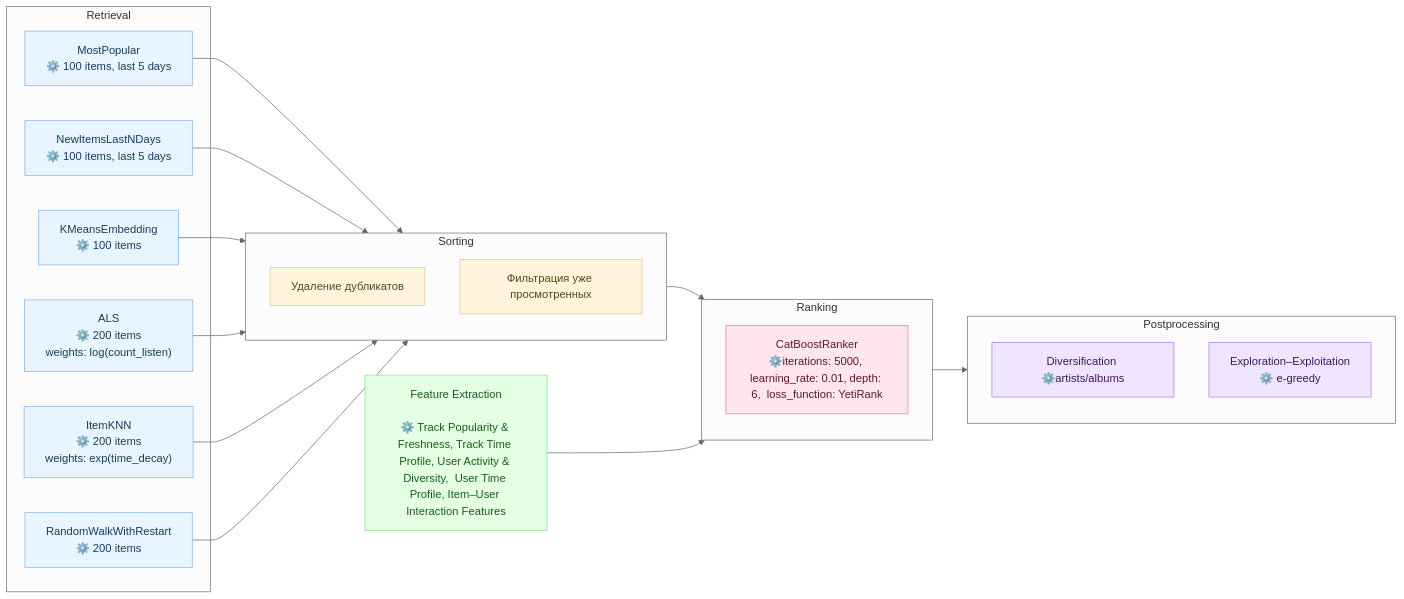
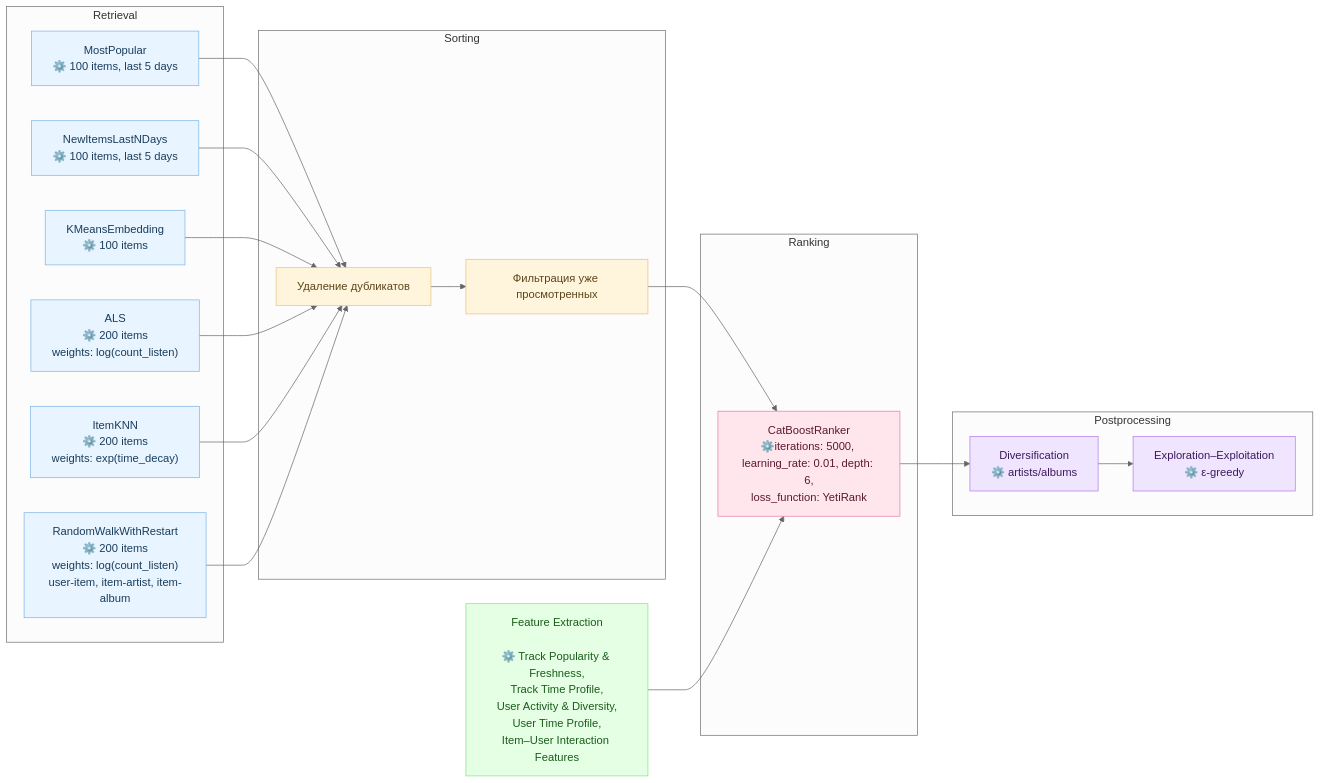
The second of 2 diagrams in README.md (Nastasy822/music-recommendation-experiments), drawn with Mermaid (neutral theme) before and after one commit.

Commit message:
docs(readme): update diagram

````diff
--- a/README.md
+++ b/README.md
@@ -180,59 +180,59 @@
 ```mermaid
 flowchart LR
 
     %% === Retrieval Models ===
     subgraph RETRIEVAL ["Retrieval"]
         PopAll["MostPopular<br/>⚙️ 100 items, last 5 days"]
         PopUser["NewItemsLastNDays<br/>⚙️ 100 items, last 5 days"]
         SIM["KMeansEmbedding<br/>⚙️ 100 items"]
         ITEMKNN["ItemKNN<br/>⚙️ 200 items<br/>weights: exp(time_decay)"]
-        GRAPH["RandomWalkWithRestart<br/>⚙️ 200 items"]
+        GRAPH["RandomWalkWithRestart<br/>⚙️ 200 items<br/>weights: log(count_listen)<br/>user-item, item-artist, item-album"]
         ALS["ALS<br/>⚙️ 200 items<br/>weights: log(count_listen)"]
     end
 
     %% === Sorting Stage ===
     subgraph SORTING ["Sorting"]
         DUBLICATE["Удаление дубликатов"]
-        FILTER["Фильтрация уже просмотренных"]
+        DUBLICATE --> FILTER["Фильтрация уже просмотренных"]
     end
 
     %% === Ranking Stage ===
     subgraph RANKING ["Ranking"]
-        RANK["CatBoostRanker<br/>⚙️iterations: 5000, learning_rate: 0.01, depth: 6,  loss_function: YetiRank "]
+        RANK["CatBoostRanker<br/>⚙️iterations: 5000, learning_rate: 0.01, depth: 6,<br/>loss_function: YetiRank"]
     end
 
     %% === Postprocessing Stage ===
     subgraph POSTPROCESS ["Postprocessing"]
-        ARTIST_FILTER["Diversification ⚙️artists/albums"]
-        EXPLORATION["Exploration–Exploitation<br/> ⚙️ e-greedy"]
+        ARTIST_FILTER["Diversification<br/>⚙️ artists/albums"]
+        ARTIST_FILTER --> EXPLORATION["Exploration–Exploitation<br/>⚙️ ε-greedy"]
     end
 
     %% === Feature Extraction ===
-    FEATS["Feature Extraction<br><br>⚙️ Track Popularity & Freshness, Track Time Profile, User Activity & Diversity,  User Time Profile, Item–User Interaction Features"]
+    FEATS["Feature Extraction<br><br>⚙️ Track Popularity & Freshness,<br/>Track Time Profile,<br/>User Activity & Diversity,<br/>User Time Profile,<br/>Item–User Interaction Features"]
 
     %% === Data Flows ===
-    PopAll --> SORTING
-    PopUser --> SORTING
-    SIM --> SORTING
-    ALS --> SORTING
-    ITEMKNN --> SORTING
-    GRAPH --> SORTING
+    PopAll --> DUBLICATE
+    PopUser --> DUBLICATE
+    SIM --> DUBLICATE
+    ALS --> DUBLICATE
+    ITEMKNN --> DUBLICATE
+    GRAPH --> DUBLICATE
 
-    SORTING --> RANKING
-    FEATS --> RANKING
+    FILTER --> RANK
+    FEATS --> RANK
 
-    RANKING --> POSTPROCESS
+    RANK --> ARTIST_FILTER
 
     %% === Styles ===
     classDef retrieval fill:#e8f4ff,stroke:#7db4e6,color:#1a3d5c;
     classDef sorting fill:#fff5dd,stroke:#e6c27d,color:#5c451a;
     classDef ranking fill:#ffe6ec,stroke:#e67d9c,color:#5c1a2f;
     classDef postprocess fill:#f0e5ff,stroke:#b07de6,color:#3d1a5c;
     classDef features fill:#e5ffe5,stroke:#7de67d,color:#1a5c1a;
 
     class PopAll,PopUser,SIM,ALS,ITEMKNN,GRAPH retrieval;
-    class FILTER,DUBLICATE sorting;
+    class DUBLICATE,FILTER sorting;
     class RANK ranking;
     class ARTIST_FILTER,EXPLORATION postprocess;
     class FEATS features;
 ```
````
